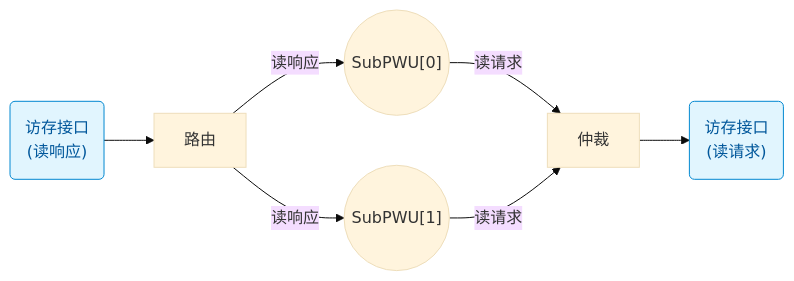
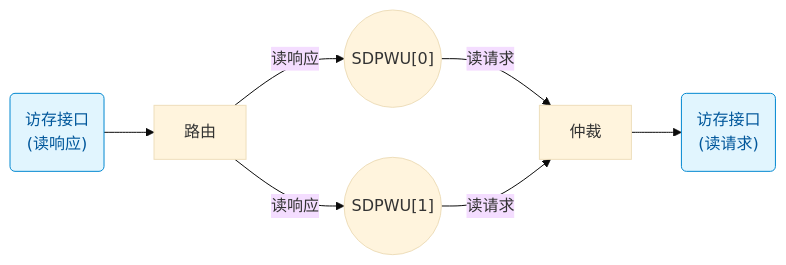
Before and after one commit to DuBirdFly/C1_SDecoder: the sixth of 8 diagrams in doc/design_plan/SDecoder 设计方案 v1.0.md, drawn with Mermaid (base theme). The commit also changed other lines of this file, not shown here.

First line of the commit message:
docs(design): SDPWU 拆为 SDPWU_TOP / SDPWU_CTRL / N 个 SDPWU, 未命中通路改为 6 步

````diff
--- a/doc/design_plan/SDecoder 设计方案 v1.0.md
+++ b/doc/design_plan/SDecoder 设计方案 v1.0.md
@@ -417,11 +435,11 @@
 ```mermaid
 flowchart LR
     RSP("访存接口<br/>(读响应)") --> ROUTER["路由"]
-    ROUTER -->|"读响应"| SUB0(("SubPWU[0]"))
-    ROUTER -->|"读响应"| SUB1(("SubPWU[1]"))
+    ROUTER -->|"读响应"| SUB0(("SDPWU[0]"))
+    ROUTER -->|"读响应"| SUB1(("SDPWU[1]"))
     SUB0 -->|"读请求"| ARB["仲裁"]
     SUB1 -->|"读请求"| ARB
     ARB --> REQ("访存接口<br/>(读请求)")
     classDef iface fill:#e1f5fe,stroke:#0288d1,color:#01579b
     class RSP,REQ iface
 ```
````
